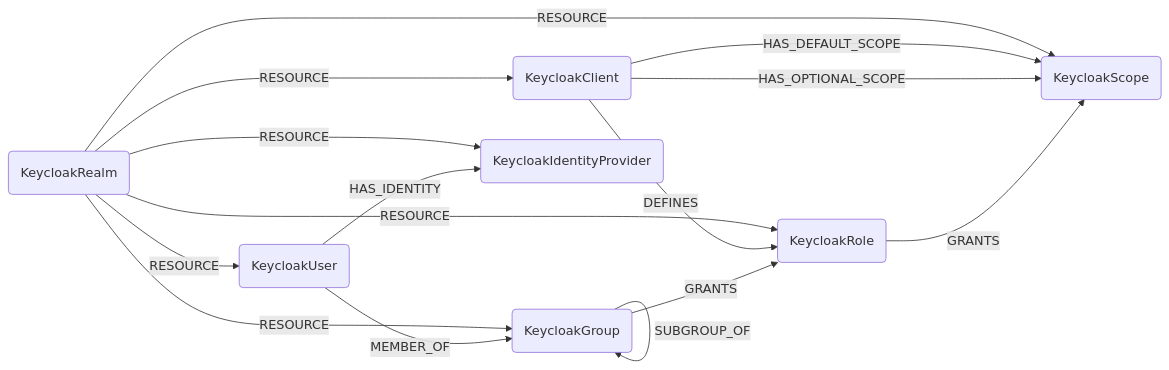
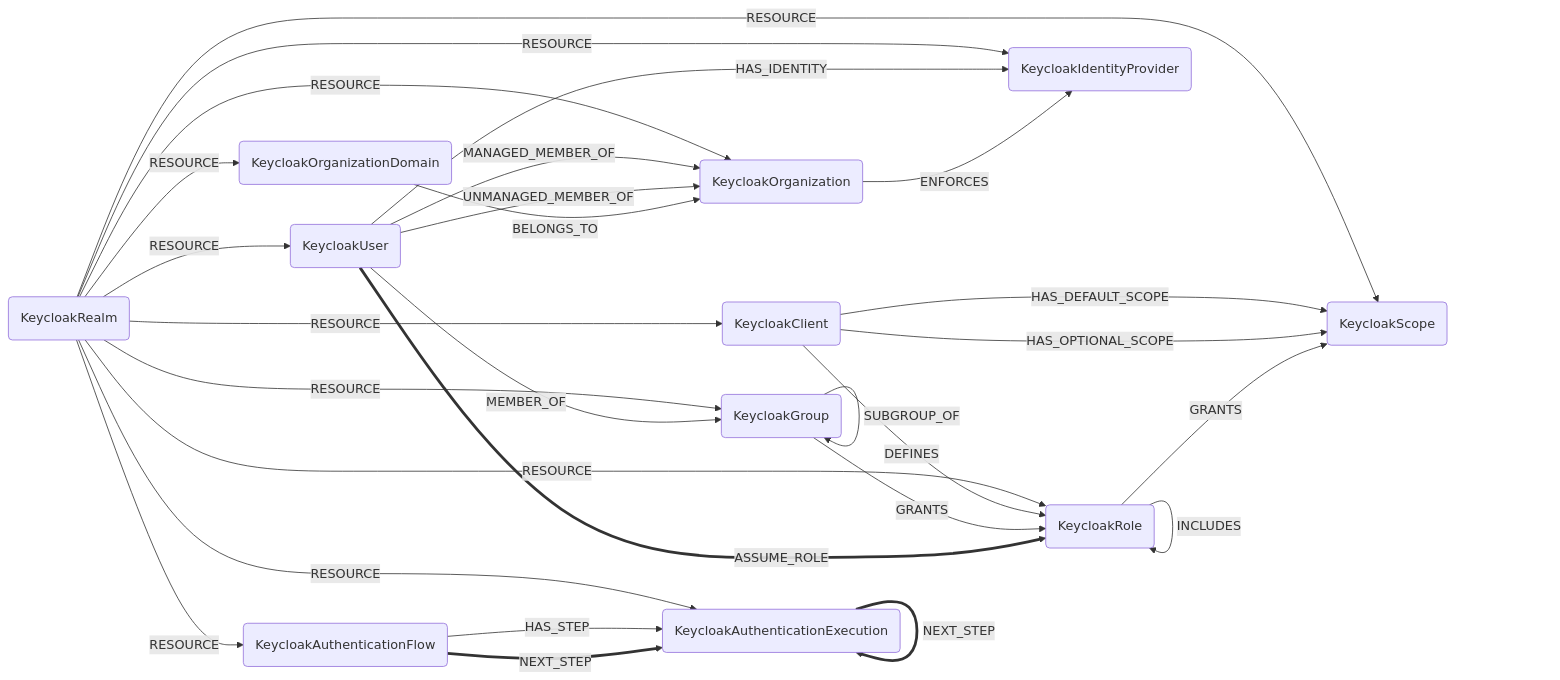
The first of 2 diagrams in docs/root/modules/keycloak/schema.md (cartography-cncf/cartography), drawn with Mermaid before and after one commit. The commit also changed other lines of this file and 5 other files, not shown here.

````diff
--- a/docs/root/modules/keycloak/schema.md
+++ b/docs/root/modules/keycloak/schema.md
@@ -3,17 +3,31 @@
 ```mermaid
 graph LR
 R(KeycloakRealm) -- RESOURCE --> C(KeycloakClient)
 R -- RESOURCE --> G(KeycloakGroup)
 R -- RESOURCE --> U(KeycloakUser)
 R -- RESOURCE --> ROLE(KeycloakRole)
 R -- RESOURCE --> S(KeycloakScope)
 R -- RESOURCE --> IDP(KeycloakIdentityProvider)
+R -- RESOURCE --> O(KeycloakOrganization)
+R -- RESOURCE --> OD(KeycloakOrganizationDomain)
+R -- RESOURCE --> AF(KeycloakAuthenticationFlow)
+R -- RESOURCE --> AE(KeycloakAuthenticationExecution)
 C -- HAS_DEFAULT_SCOPE --> S
 C -- HAS_OPTIONAL_SCOPE --> S
 C -- DEFINES --> ROLE
 G -- SUBGROUP_OF --> G
 U -- MEMBER_OF --> G
 G -- GRANTS --> ROLE
 ROLE -- GRANTS --> S
+ROLE -- INCLUDES --> ROLE
 U -- HAS_IDENTITY --> IDP
+U -- MANAGED_MEMBER_OF --> O
+U -- UNMANAGED_MEMBER_OF --> O
+U == ASSUME_ROLE ==> ROLE
+O -- ENFORCES --> IDP
+OD -- BELONGS_TO --> O
+AF -- HAS_STEP --> AE
+AE -- HAS_STEP --> AE
+AF == NEXT_STEP ==> AE
+AE == NEXT_STEP ==> AE
 ```
````
